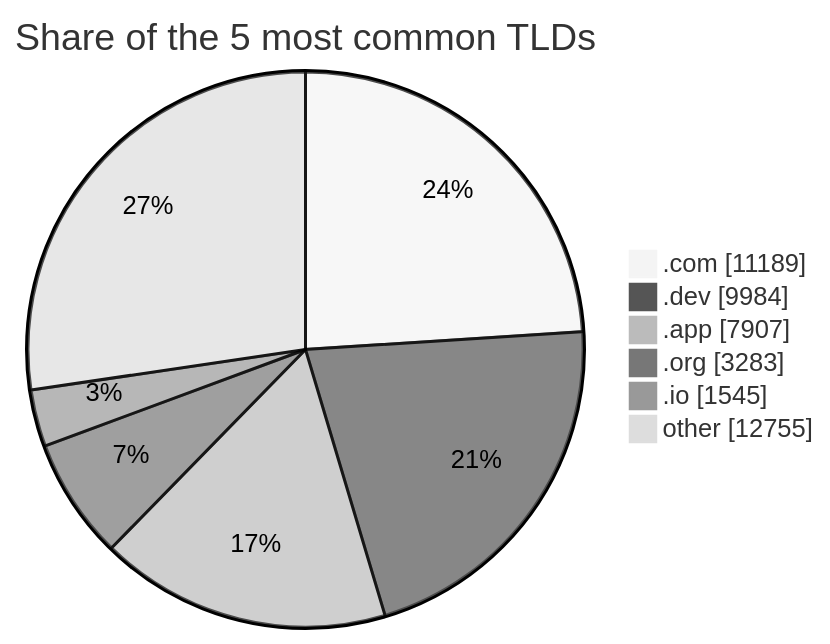
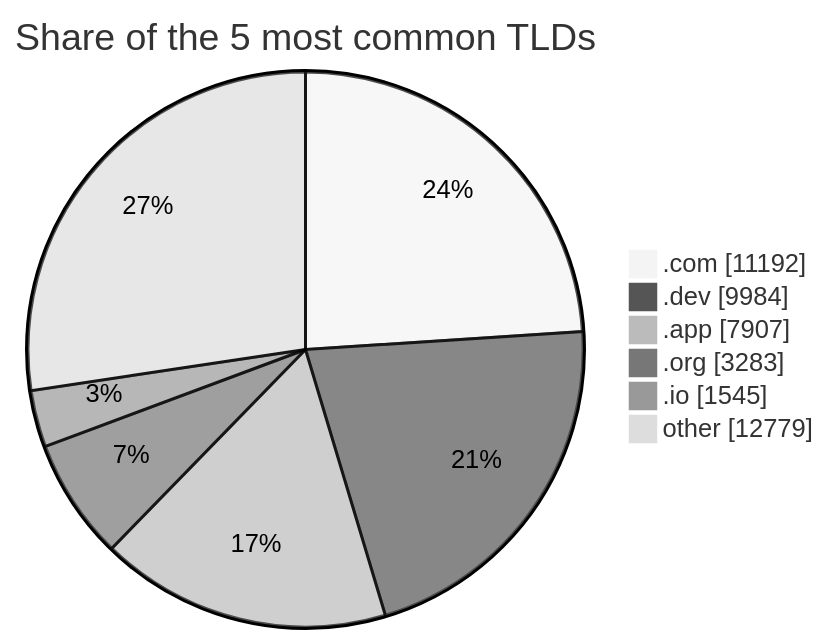
Before and after one commit to DNSBunker/CTI: the third of 3 diagrams in README.md, drawn with Mermaid (neutral theme). The commit also changed other lines of this file and 3 other files, not shown here.

````diff
--- a/README.md
+++ b/README.md
@@ -81,9 +81,9 @@
 ```mermaid
 pie showData title Share of the 5 most common TLDs
-    ".com" : 11189
+    ".com" : 11192
     ".dev" : 9984
     ".app" : 7907
     ".org" : 3283
     ".io" : 1545
-    "other" : 12755
+    "other" : 12779
 ```
````
